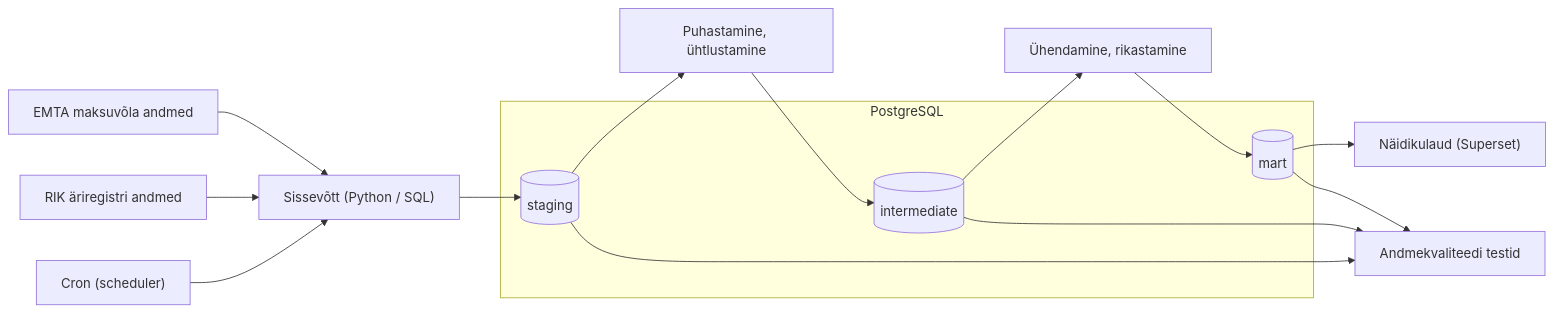
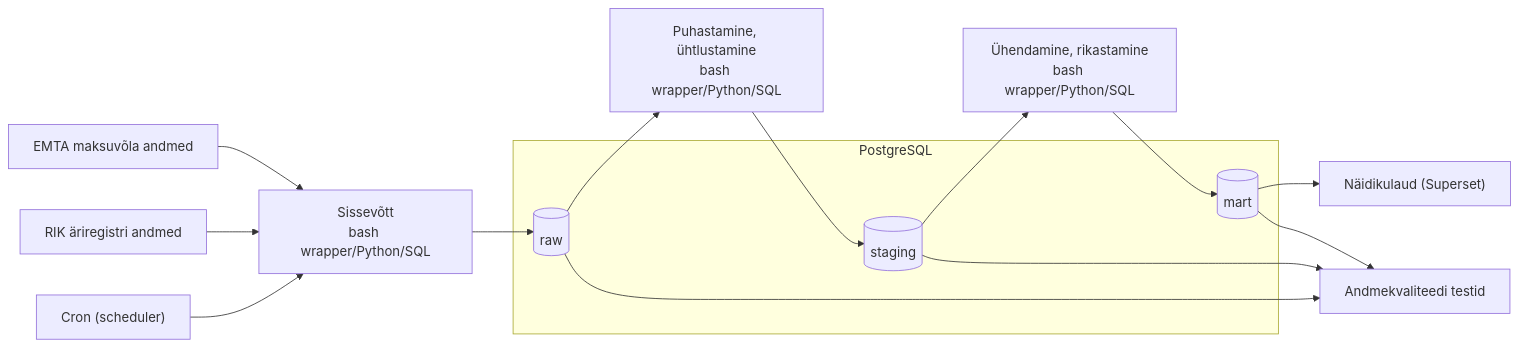
Before and after one commit to KulliPeed/Projektitoo_MREV: the diagram in docs/arhitektuur.md, drawn with Mermaid. The commit also changed other lines of this file, not shown here.

Commit message:
andmevoo ja andmebaasi kihtide uuendamine

````diff
--- a/docs/arhitektuur.md
+++ b/docs/arhitektuur.md
@@ -27,32 +27,32 @@
 ```mermaid
 flowchart LR
     %% Andmeallikad
-    source1[EMTA maksuvõla andmed] --> ingest["Sissevõtt (Python / SQL)"]
+    source1[EMTA maksuvõla andmed] --> ingest["Sissevõtt<br/>bash wrapper/Python/SQL"]
     source2[RIK äriregistri andmed] --> ingest
 
     %% Scheduler / orkestreerimine
     cron["Cron (scheduler)"] --> ingest
 
     %% Andmebaas (PostgreSQL)
     subgraph db[PostgreSQL]
+        raw[(raw)]
         staging[(staging)]
-        intermediate[(intermediate)]
         mart[(mart)]
     end
 
     %% Andmetöötlus
-    ingest --> staging
-    staging --> transform1[Puhastamine, ühtlustamine]
+    ingest --> raw
+    raw --> transform1["Puhastamine, ühtlustamine<br/>bash wrapper/Python/SQL"]
 
-    transform1 --> intermediate
-    intermediate --> transform2[Ühendamine, rikastamine]
+    transform1 --> staging
+    staging --> transform2["Ühendamine, rikastamine<br/>bash wrapper/Python/SQL"]
 
     transform2 --> mart
 
     %% Tarbimine
     mart --> dashboard["Näidikulaud (Superset)"]
-    staging -->  source3[Andmekvaliteedi testid]
-    intermediate --> source3[Andmekvaliteedi testid]
+    raw -->  source3[Andmekvaliteedi testid]
+    staging --> source3[Andmekvaliteedi testid]
     mart --> source3[Andmekvaliteedi testid]
   
 ```
````
